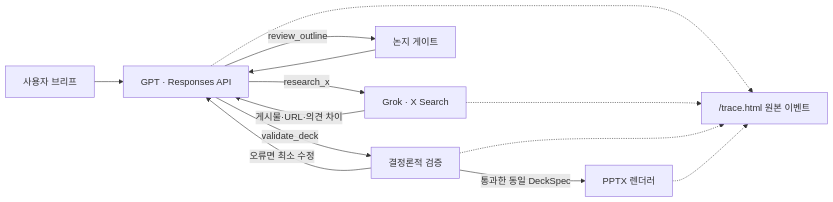
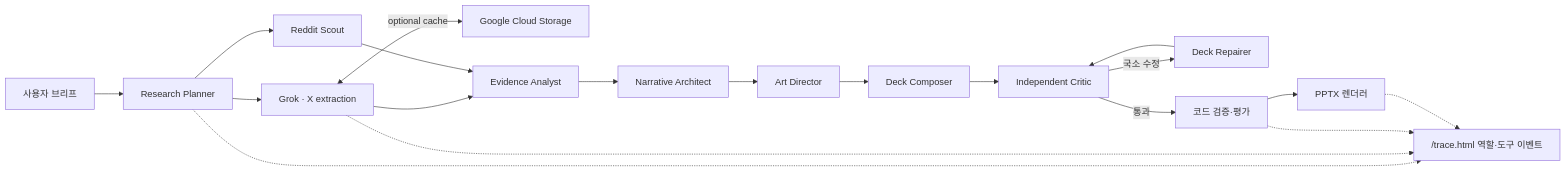
One commit to youkim1028/agent24-creative-agent changed the diagram in docs/architecture.md. Above: the diagram before and after it, drawn with Mermaid. The commit also changed other lines of this file and 34 other files, not shown here.

Commit message:
feat: add evidence-driven deck agent team

````diff
--- a/docs/architecture.md
+++ b/docs/architecture.md
@@ -3,15 +3,21 @@
 ```mermaid
 flowchart LR
-    U["사용자 브리프"] --> G["GPT · Responses API"]
-    G -->|"research_x"| X["Grok · X Search"]
-    X -->|"게시물·URL·의견 차이"| G
-    G -->|"review_outline"| O["논지 게이트"]
-    O --> G
-    G -->|"validate_deck"| V["결정론적 검증"]
-    V -->|"오류면 최소 수정"| G
-    V -->|"통과한 동일 DeckSpec"| P["PPTX 렌더러"]
-    G -.-> T["/trace.html 원본 이벤트"]
+    U["사용자 브리프"] --> RP["Research Planner"]
+    RP --> X["Grok · X extraction"]
+    RP --> R["Reddit Scout"]
+    X <-->|"optional cache"| M["Google Cloud Storage"]
+    X --> EA["Evidence Analyst"]
+    R --> EA
+    EA --> N["Narrative Architect"]
+    N --> A["Art Director"]
+    A --> C["Deck Composer"]
+    C --> Q["Independent Critic"]
+    Q -->|"국소 수정"| F["Deck Repairer"]
+    F --> Q
+    Q -->|"통과"| V["코드 검증·평가"]
+    V --> P["PPTX 렌더러"]
+    RP -.-> T["/trace.html 역할·도구 이벤트"]
     X -.-> T
     V -.-> T
     P -.-> T
 ```
````
